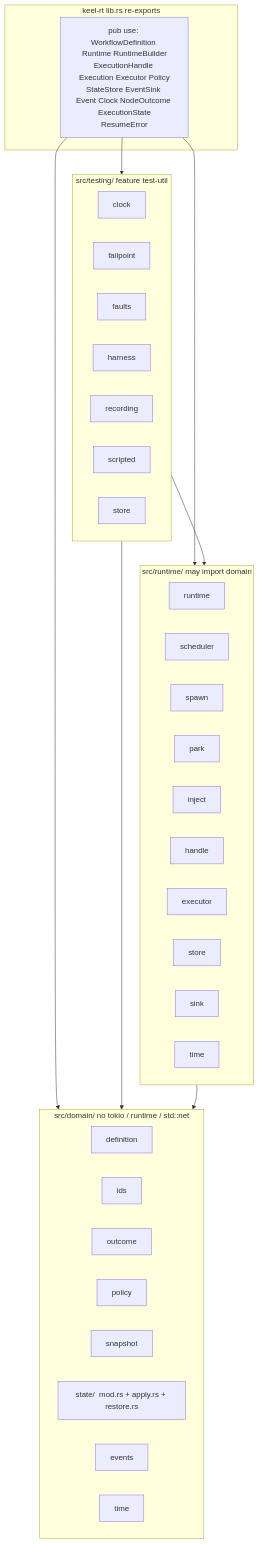
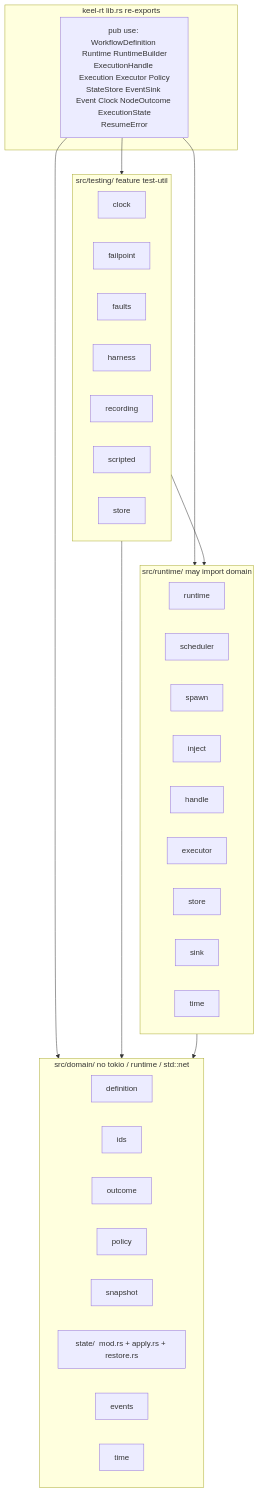
One commit to nessalabs/keel-rt changed the first of 2 diagrams in docs/ARCHITECTURE.md. Above: the diagram before and after it, drawn with Mermaid. The commit also changed other lines of this file and 12 other files, not shown here.

````diff
--- a/docs/ARCHITECTURE.md
+++ b/docs/ARCHITECTURE.md
@@ -49,47 +48,46 @@
 ```mermaid
 flowchart TB
   subgraph crate["keel-rt  lib.rs re-exports"]
     ROOT["pub use: WorkflowDefinition Runtime RuntimeBuilder<br/>ExecutionHandle Execution Executor Policy<br/>StateStore EventSink Event Clock NodeOutcome ExecutionState<br/>ResumeError"]
   end
 
   subgraph testing["src/testing/  feature test-util"]
     Tclock[clock]
     Tfail[failpoint]
     Tfaults[faults]
     Tharness[harness]
     Trec[recording]
     Tscript[scripted]
     Tstore[store]
   end
 
   subgraph runtime["src/runtime/  may import domain"]
     Rrt[runtime]
     Rsched[scheduler]
     Rspawn[spawn]
-    Rpark[park]
     Rinj[inject]
     Rhandle[handle]
     Rexec[executor]
     Rstore[store]
     Rsink[sink]
     Rtime[time]
   end
 
   subgraph domain["src/domain/  no tokio / runtime / std::net"]
     Ddef[definition]
     Dids[ids]
     Dout[outcome]
     Dpol[policy]
     Dsnap[snapshot]
     Dstate["state/  mod.rs + apply.rs + restore.rs"]
     Dev[events]
     Dtime[time]
   end
 
   ROOT --> testing
   ROOT --> runtime
   ROOT --> domain
   testing --> runtime
   testing --> domain
   runtime --> domain
 ```
````
